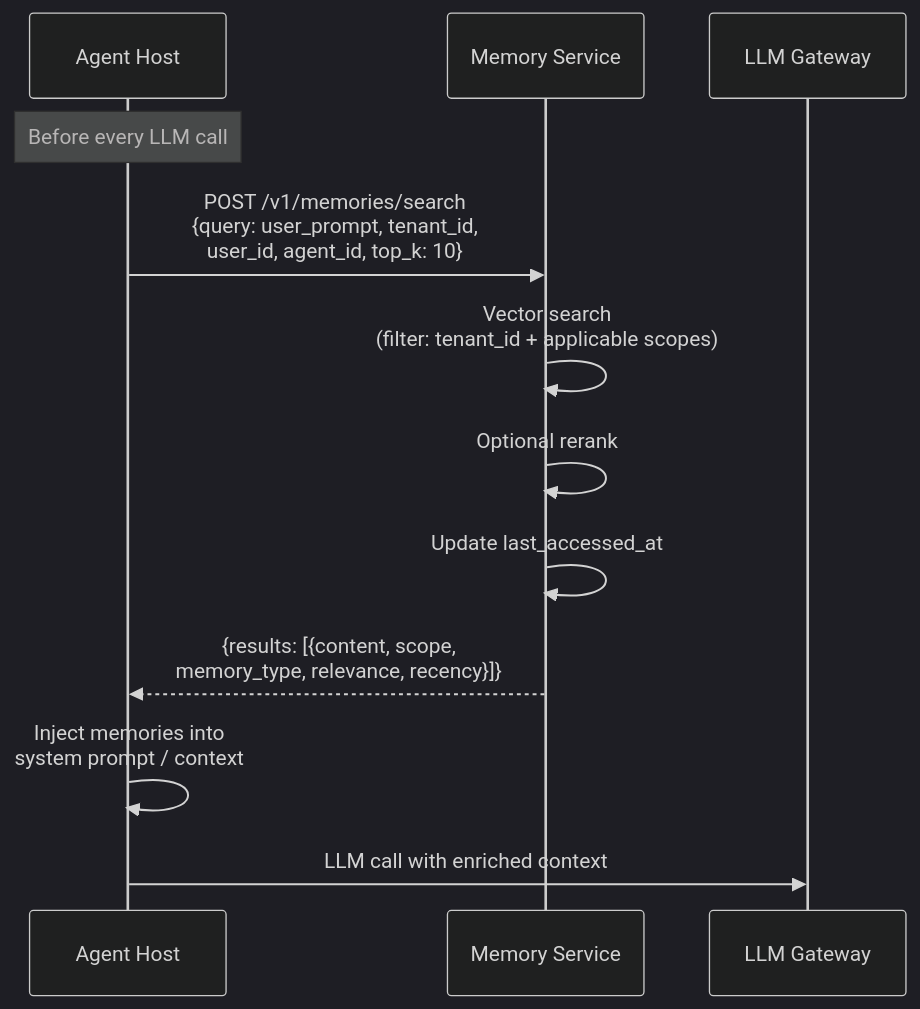
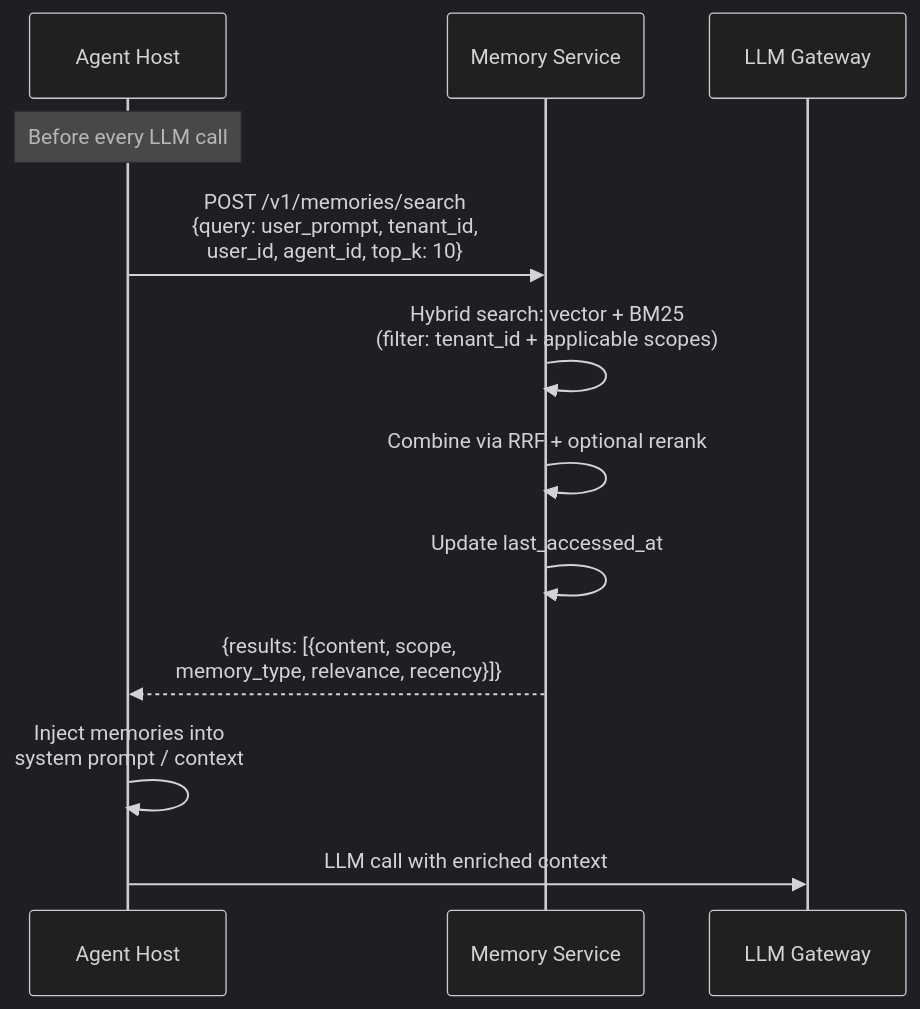
The third of 3 diagrams in docs/services/memory-service.md (suman724/cowork-infra), drawn with Mermaid (dark theme) before and after one commit. The commit also changed other lines of this file, not shown here.

First line of the commit message:
docs: move hybrid search (vector + BM25) from Phase 2 to Phase 1

````diff
--- a/docs/services/memory-service.md
+++ b/docs/services/memory-service.md
@@ -509,20 +511,20 @@
 ```mermaid
 sequenceDiagram
     participant AH as Agent Host
     participant MS as Memory Service
     participant LLM as LLM Gateway
 
     Note over AH: Before every LLM call
 
     AH->>MS: POST /v1/memories/search<br/>{query: user_prompt, tenant_id,<br/>user_id, agent_id, top_k: 10}
 
-    MS->>MS: Vector search<br/>(filter: tenant_id + applicable scopes)
-    MS->>MS: Optional rerank
+    MS->>MS: Hybrid search: vector + BM25<br/>(filter: tenant_id + applicable scopes)
+    MS->>MS: Combine via RRF + optional rerank
     MS->>MS: Update last_accessed_at
 
     MS-->>AH: {results: [{content, scope,<br/>memory_type, relevance, recency}]}
 
     AH->>AH: Inject memories into<br/>system prompt / context
 
     AH->>LLM: LLM call with enriched context
 ```
````
